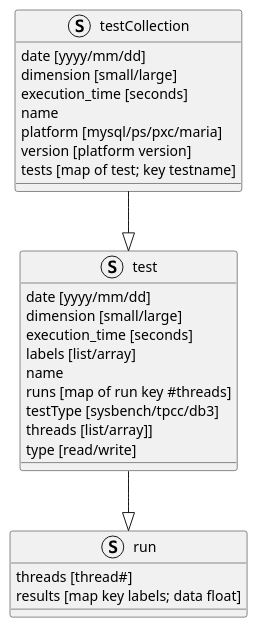
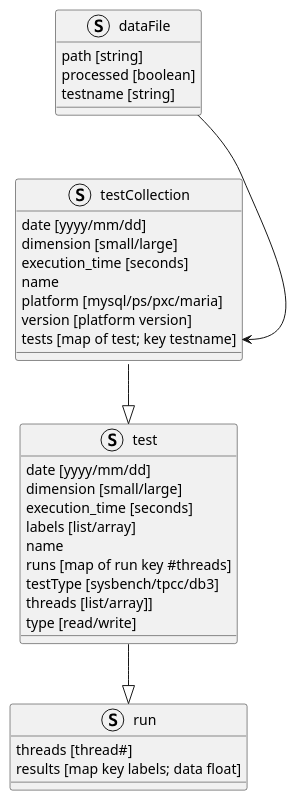
The diagram in uml/objects.puml (Tusamarco/sysbench-graph-creator), drawn with PlantUML before and after one commit.

Commit message:
adding dataFile and relations

```diff
--- a/uml/objects.puml
+++ b/uml/objects.puml
@@ -1,42 +1,50 @@
 @startuml
 'https://plantuml.com/class-diagram
 
 struct testCollection
 struct test
 struct run
+struct dataFile
 
+
+dataFile --> testCollection::tests
 testCollection --|> test
 test --|> run
 
+Struct dataFile{
+    path [string]
+    processed [boolean]
+    testname [string]
+}
 
 
 Struct testCollection{
 date [yyyy/mm/dd]
 dimension [small/large]
 execution_time [seconds]
 name
 platform [mysql/ps/pxc/maria]
 version [platform version]
 tests [map of test; key testname]
 }
 
 
 Struct run{
 threads [thread#]
 results [map key labels; data float]
 }
 
 struct test {
 date [yyyy/mm/dd]
 dimension [small/large]
 execution_time [seconds]
 labels [list/array]
 name
 runs [map of run key #threads]
 testType [sysbench/tpcc/db3]
 threads [list/array]]
 type [read/write]
 }
 
 
 @enduml
```
